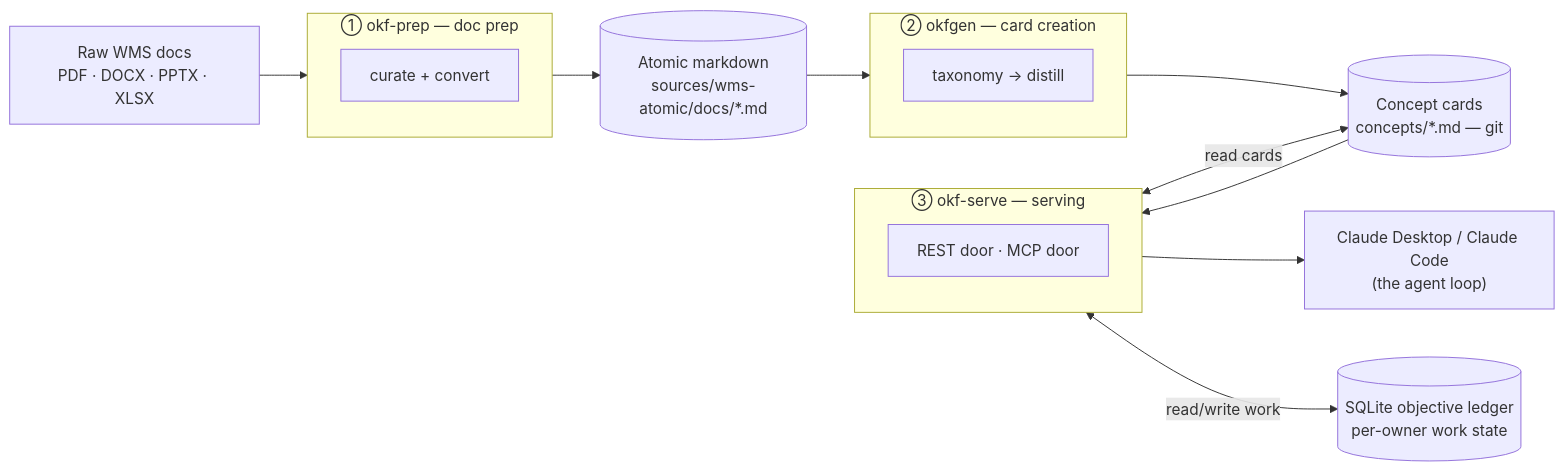
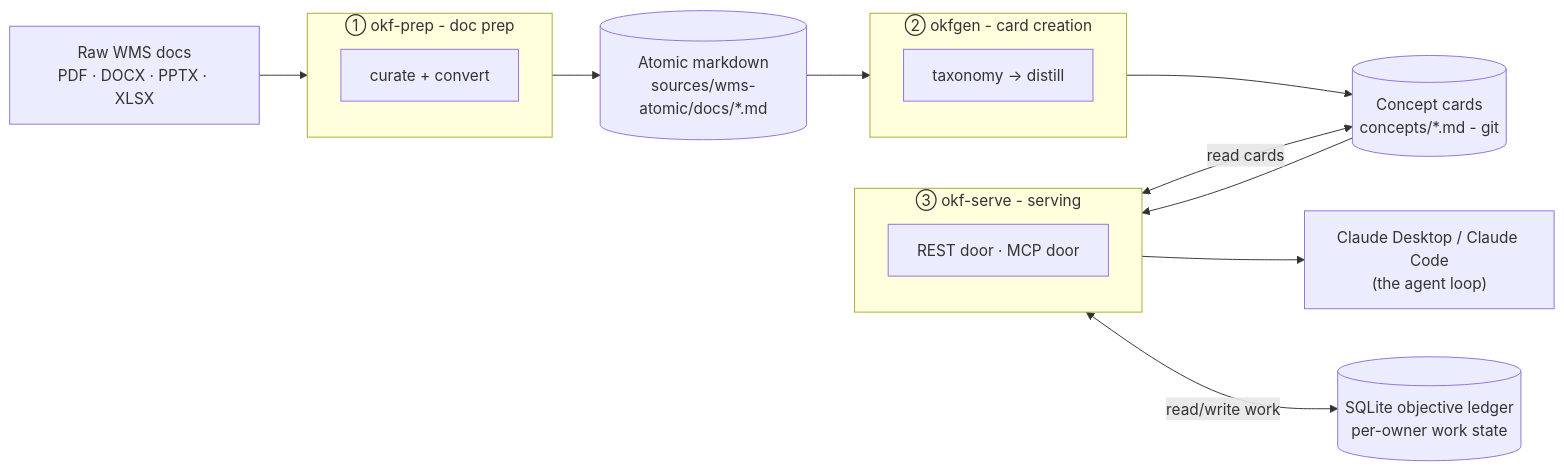
Before and after one commit to voyagerforge-dev/hive-intelligence: the first of 9 diagrams in knowledge/okf/docs/OKF-Pipeline.md, drawn with Mermaid. The commit also changed other lines of this file, not shown here.

First line of the commit message:
docs(okf): remove retired/historical framing; em dashes to hyphens

````diff
--- a/knowledge/okf/docs/OKF-Pipeline.md
+++ b/knowledge/okf/docs/OKF-Pipeline.md
@@ -46,30 +46,30 @@
 ```mermaid
 flowchart LR
     raw["Raw WMS docs<br/>PDF · DOCX · PPTX · XLSX"]
 
-    subgraph P["① okf-prep — doc prep"]
+    subgraph P["① okf-prep - doc prep"]
         direction TB
         p1[curate + convert]
     end
 
     atomic[("Atomic markdown<br/>sources/wms-atomic/docs/*.md")]
 
-    subgraph G["② okfgen — card creation"]
+    subgraph G["② okfgen - card creation"]
         direction TB
         g1[taxonomy → distill]
     end
 
-    cards[("Concept cards<br/>concepts/*.md — git")]
+    cards[("Concept cards<br/>concepts/*.md - git")]
 
-    subgraph S["③ okf-serve — serving"]
+    subgraph S["③ okf-serve - serving"]
         direction TB
         s1[REST door · MCP door]
     end
 
     claude["Claude Desktop / Claude Code<br/>(the agent loop)"]
     ledger[("SQLite objective ledger<br/>per-owner work state")]
 
     raw --> P --> atomic --> G --> cards --> S --> claude
     S <-->|read cards| cards
     S <-->|read/write work| ledger
 ```
````
